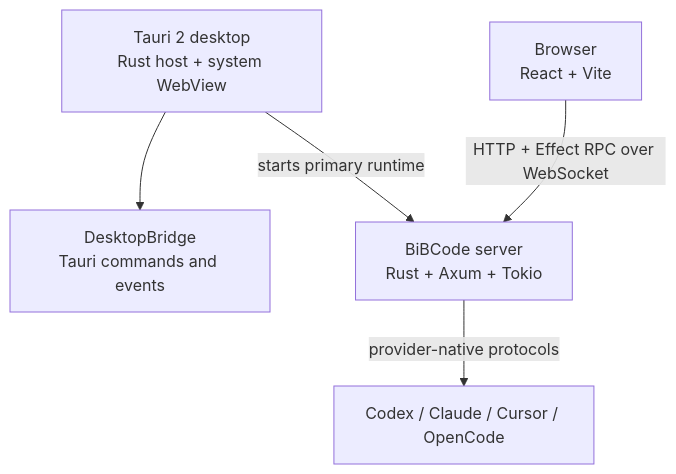
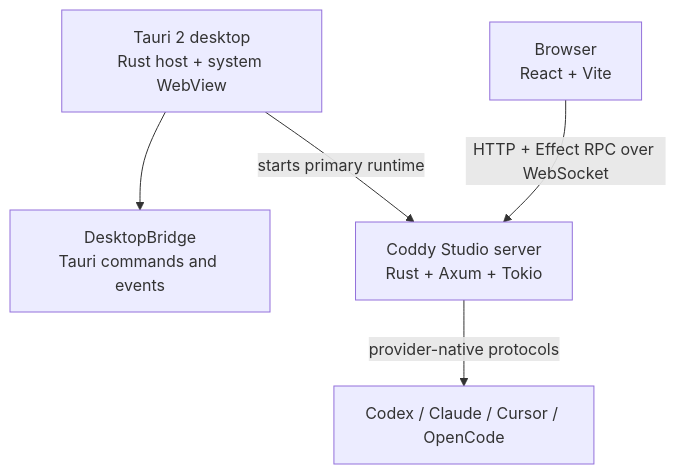
Before and after one commit to coddycodes/ADS: the first of 2 diagrams in docs/architecture/overview.md, drawn with Mermaid. The commit also changed other lines of this file and 1845 other files, not shown here.

First line of the commit message:
chore: checkpoint Coddy Studio rebrand and Coddy provider migration

````diff
--- a/docs/architecture/overview.md
+++ b/docs/architecture/overview.md
@@ -9,13 +9,13 @@
 ```mermaid
 flowchart TB
   Browser["Browser\nReact + Vite"]
   Desktop["Tauri 2 desktop\nRust host + system WebView"]
   Bridge["DesktopBridge\nTauri commands and events"]
-  Server["BiBCode server\nRust + Axum + Tokio"]
+  Server["Coddy Studio server\nRust + Axum + Tokio"]
   Providers["Codex / Claude / Cursor / OpenCode"]
 
   Browser -->|"HTTP + Effect RPC over WebSocket"| Server
   Desktop --> Bridge
   Desktop -->|"starts primary runtime"| Server
   Server -->|"provider-native protocols"| Providers
 ```
````
